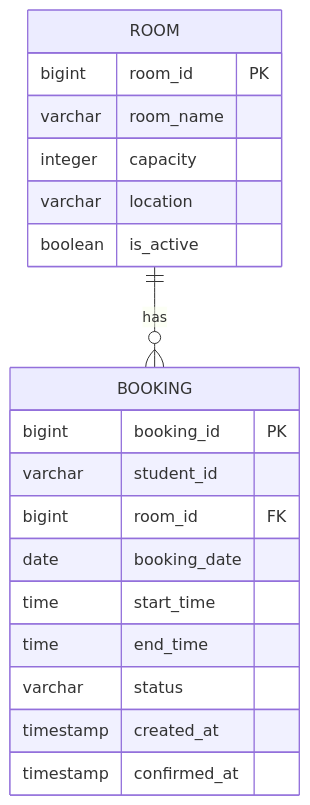
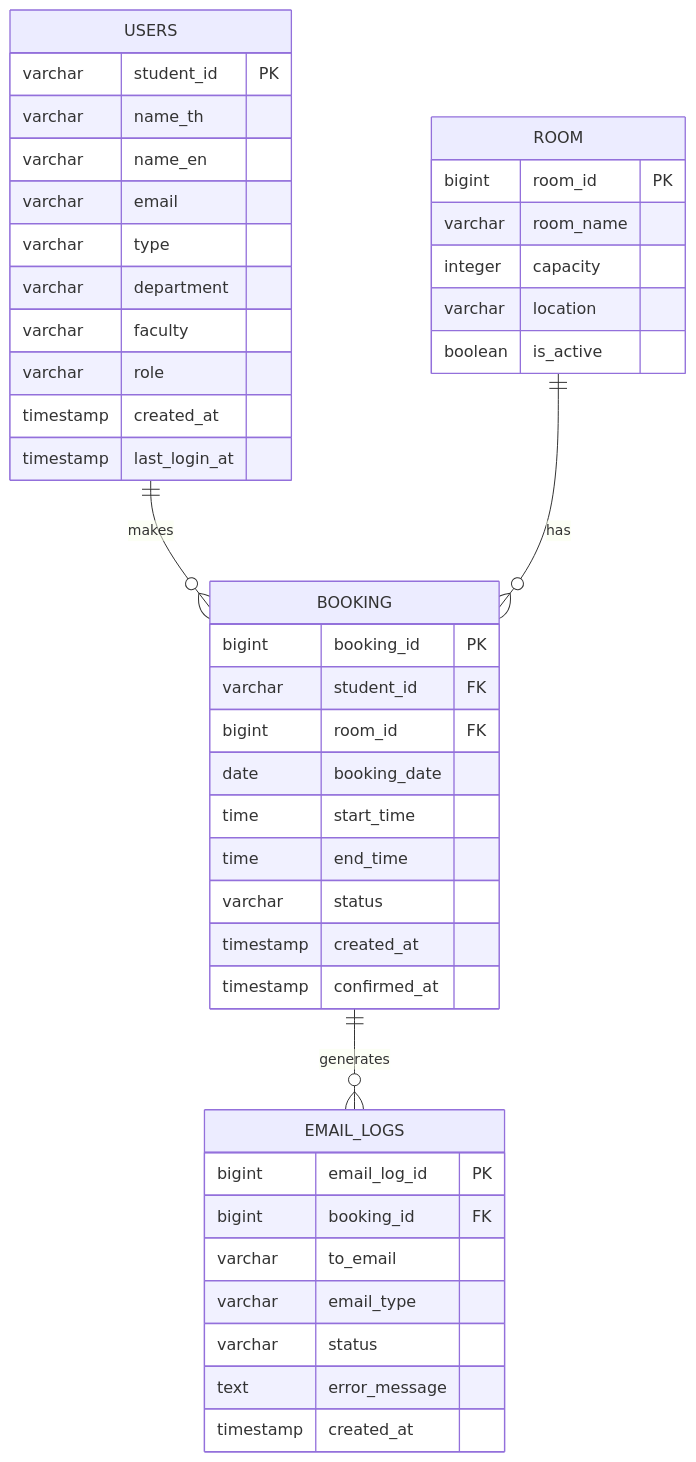
Before and after one commit to niairi/cs261_650001_group8: the diagram in database/ERD.md, drawn with Mermaid. The commit also changed 4 other files, not shown here.

Commit message:
Update database schema ,seed, ERD.md, database-guide.md and 002_users_and_email_logs

````diff
--- a/database/ERD.md
+++ b/database/ERD.md
@@ -3,25 +3,50 @@
 ```mermaid
 erDiagram
 
+    USERS ||--o{ BOOKING : makes
     ROOM ||--o{ BOOKING : has
+    BOOKING ||--o{ EMAIL_LOGS : generates
+
+    USERS {
+        varchar student_id PK
+        varchar name_th
+        varchar name_en
+        varchar email
+        varchar type
+        varchar department
+        varchar faculty
+        varchar role
+        timestamp created_at
+        timestamp last_login_at
+    }
 
     ROOM {
         bigint room_id PK
         varchar room_name
         integer capacity
         varchar location
         boolean is_active
     }
 
     BOOKING {
         bigint booking_id PK
-        varchar student_id
+        varchar student_id FK
         bigint room_id FK
         date booking_date
         time start_time
         time end_time
         varchar status
         timestamp created_at
         timestamp confirmed_at
     }
+
+    EMAIL_LOGS {
+        bigint email_log_id PK
+        bigint booking_id FK
+        varchar to_email
+        varchar email_type
+        varchar status
+        text error_message
+        timestamp created_at
+    }
 ```
````
